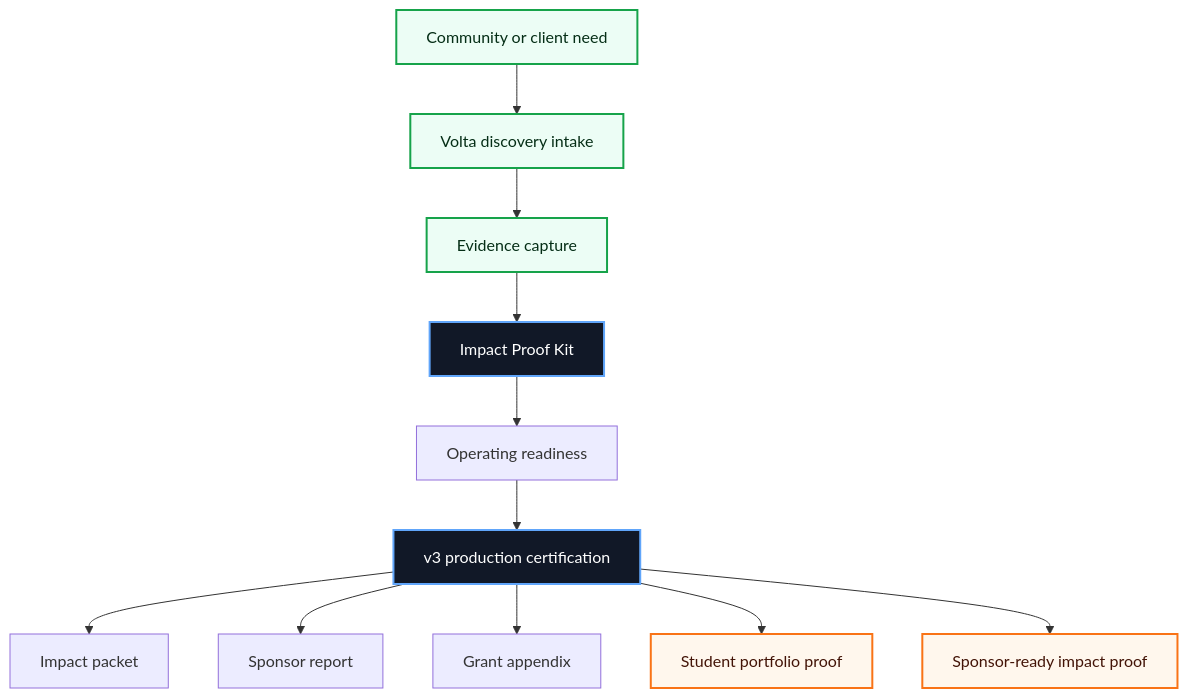
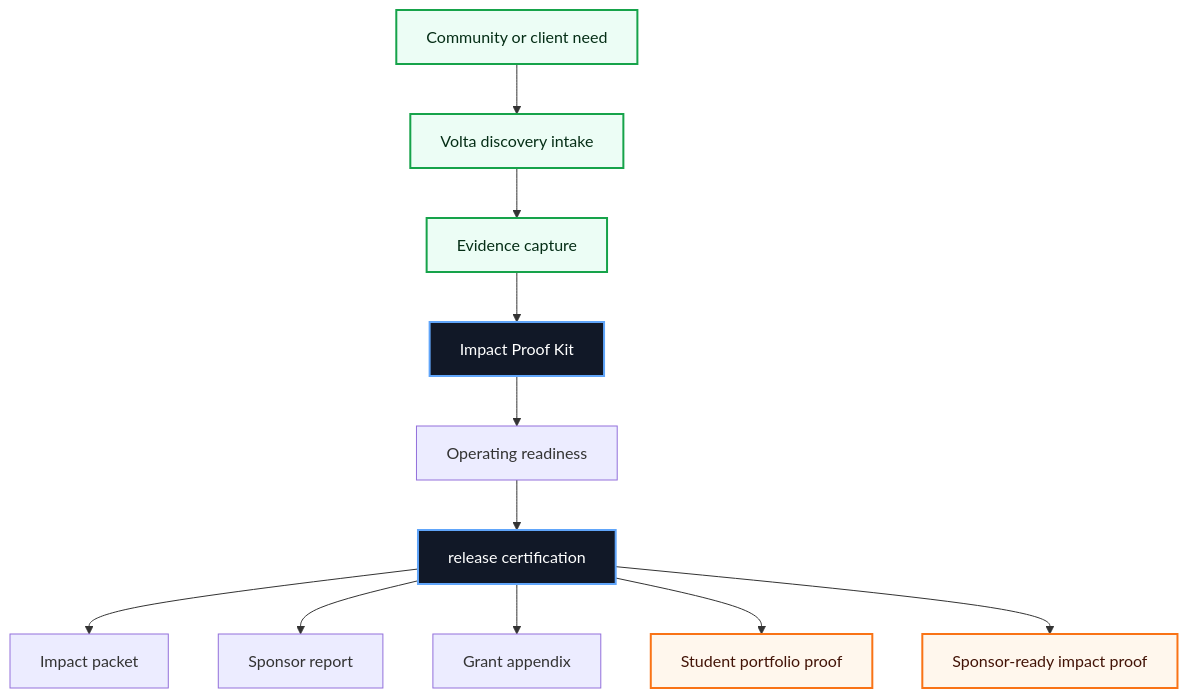
The first of 3 diagrams in README.md (volta-npo/impact-proof-kit), drawn with Mermaid before and after one commit. The commit also changed other lines of this file and 28 other files, not shown here.

````diff
--- a/README.md
+++ b/README.md
@@ -43,20 +43,20 @@
 ```mermaid
 flowchart TD
     Need["Community or client need"] --> Intake["Volta discovery intake"]
     Intake --> Evidence["Evidence capture"]
     Evidence --> Workbench["Impact Proof Kit"]
     Workbench --> Score["Operating readiness"]
-    Score --> Cert["v3 production certification"]
+    Score --> Cert["release certification"]
     Cert --> A1["Impact packet"]
     Cert --> A2["Sponsor report"]
     Cert --> A3["Grant appendix"]
     Cert --> Student["Student portfolio proof"]
     Cert --> Sponsor["Sponsor-ready impact proof"]
 
     classDef volta fill:#111827,stroke:#60a5fa,color:#ffffff,stroke-width:2px;
     classDef equity fill:#ecfdf5,stroke:#16a34a,color:#052e16,stroke-width:2px;
     classDef proof fill:#fff7ed,stroke:#f97316,color:#431407,stroke-width:2px;
     class Workbench,Cert volta;
     class Need,Intake,Evidence equity;
     class Student,Sponsor proof;
 ```
````
